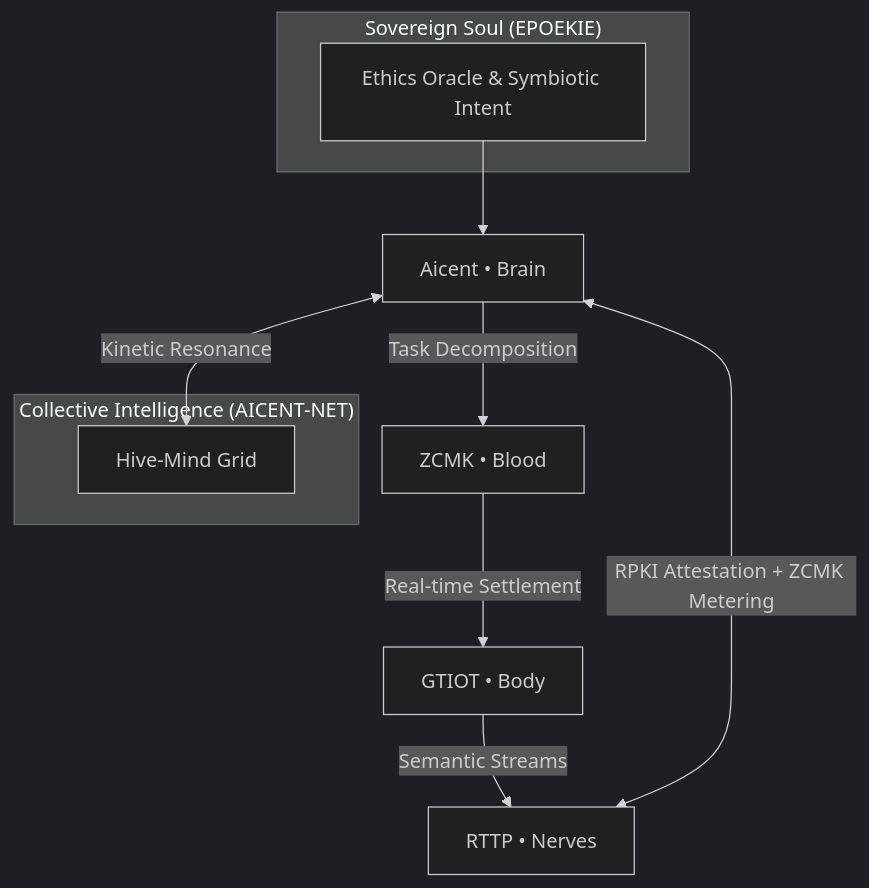
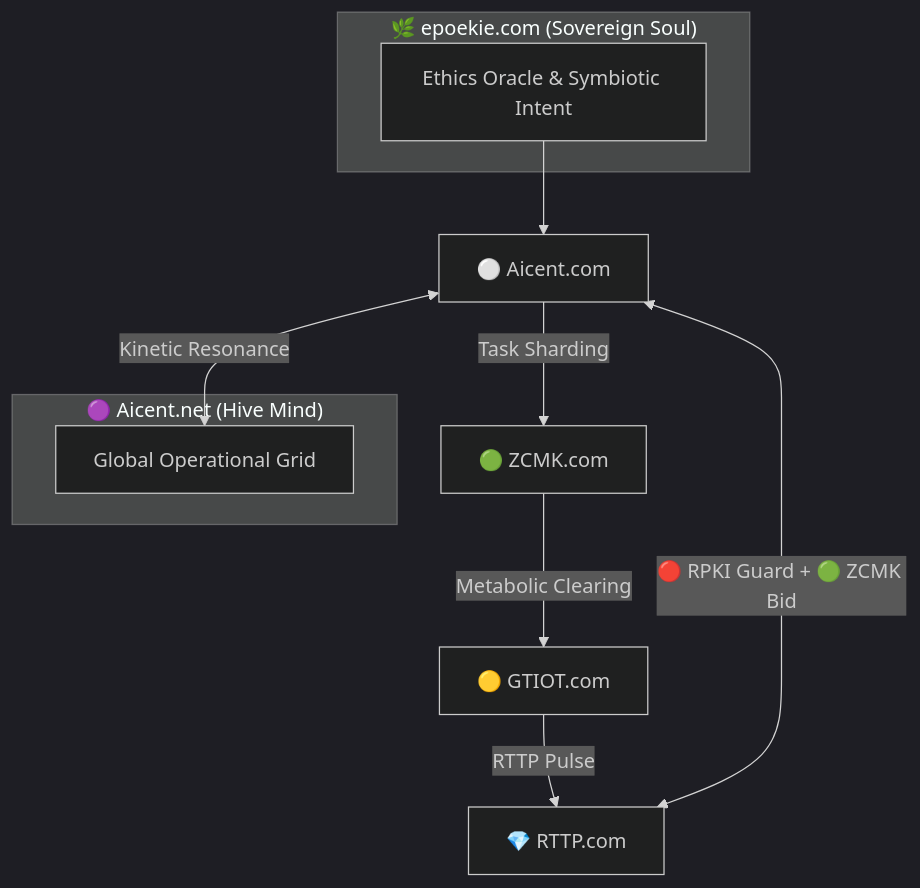
The diagram in README.md (Aicent-Stack/aicent-stack), drawn with Mermaid (dark theme) before and after one commit. The commit also changed other lines of this file, not shown here.

````diff
--- a/README.md
+++ b/README.md
@@ -49,17 +55,17 @@
 ```mermaid
 graph TD
-    subgraph "Sovereign Soul (EPOEKIE)"
+    subgraph "🌿 epoekie.com (Sovereign Soul)"
         S[Ethics Oracle & Symbiotic Intent]
     end
 
-    subgraph "Collective Intelligence (AICENT-NET)"
-        H[Hive-Mind Grid]
+    subgraph "🟣 Aicent.net (Hive Mind)"
+        H[Global Operational Grid]
     end
 
-    S --> A[Aicent • Brain]
-    G[GTIOT • Body] -->|Semantic Streams| R[RTTP • Nerves]
-    R <-->|RPKI Attestation + ZCMK Metering| A
+    S --> A[⚪ Aicent.com]
+    G[🟡 GTIOT.com] -->|RTTP Pulse| R[💎 RTTP.com]
+    R <-->|🔴 RPKI Guard + 🟢 ZCMK Bid| A
     A <-->|Kinetic Resonance| H
-    A -->|Task Decomposition| Z[ZCMK • Blood]
-    Z -->|Real-time Settlement| G
+    A -->|Task Sharding| Z[🟢 ZCMK.com]
+    Z -->|Metabolic Clearing| G
 ```
````
